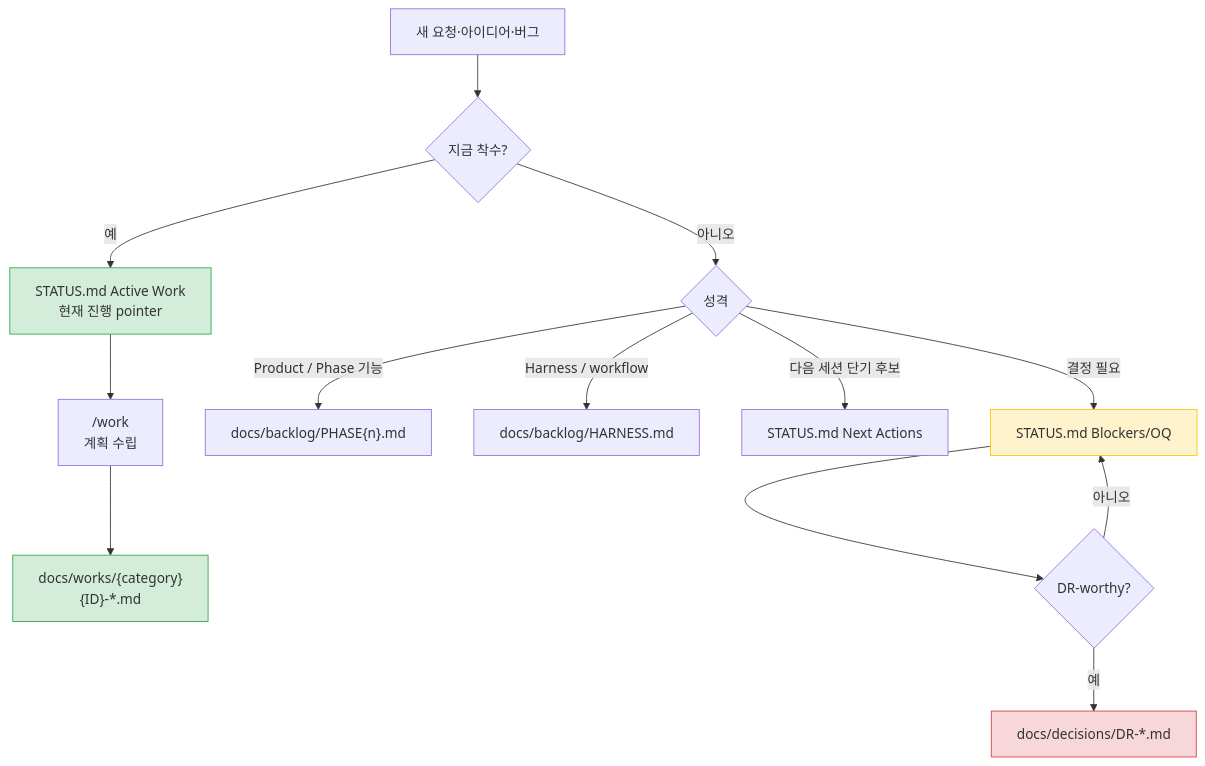
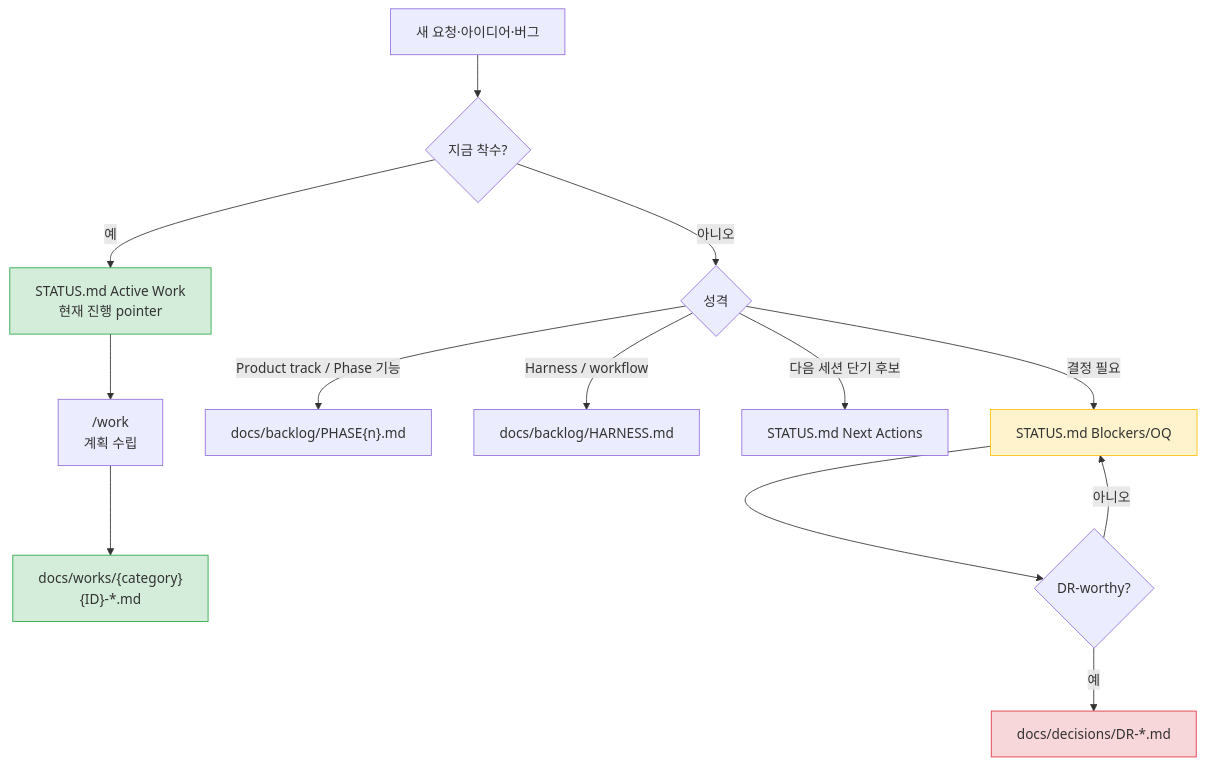
The fourth of 7 diagrams in docs/WORKFLOW-MANUAL-SUMMARY-PUBLIC.md (kyungseo/ai-workflow-harness), drawn with Mermaid before and after one commit. The commit also changed other lines of this file and 216 other files, not shown here.

````diff
--- a/docs/WORKFLOW-MANUAL-SUMMARY-PUBLIC.md
+++ b/docs/WORKFLOW-MANUAL-SUMMARY-PUBLIC.md
@@ -327,23 +327,23 @@
 ```mermaid
 flowchart TD
     NEW["새 요청·아이디어·버그"] --> NOW{"지금 착수?"}
 
     NOW -- "예" --> ACTIVE["STATUS.md Active Work\n현재 진행 pointer"]
     ACTIVE --> WORK["/work\n계획 수립"]
     WORK --> WORKFILE["docs/works/{category}\n{ID}-*.md"]
 
     NOW -- "아니오" --> TYPE{"성격"}
-    TYPE -- "Product / Phase 기능" --> PHASE["docs/backlog/PHASE{n}.md"]
+    TYPE -- "Product track / Phase 기능" --> PHASE["docs/backlog/PHASE{n}.md"]
     TYPE -- "Harness / workflow" --> HARNESS["docs/backlog/HARNESS.md"]
     TYPE -- "다음 세션 단기 후보" --> NEXT["STATUS.md Next Actions"]
     TYPE -- "결정 필요" --> OQ["STATUS.md Blockers/OQ"]
 
     OQ --> DR{"DR-worthy?"}
     DR -- "예" --> DECISION["docs/decisions/DR-*.md"]
     DR -- "아니오" --> OQ
 
     style ACTIVE fill:#d4edda,stroke:#28a745
     style WORKFILE fill:#d4edda,stroke:#28a745
     style OQ fill:#fff3cd,stroke:#ffc107
     style DECISION fill:#f8d7da,stroke:#dc3545
 ```
````
